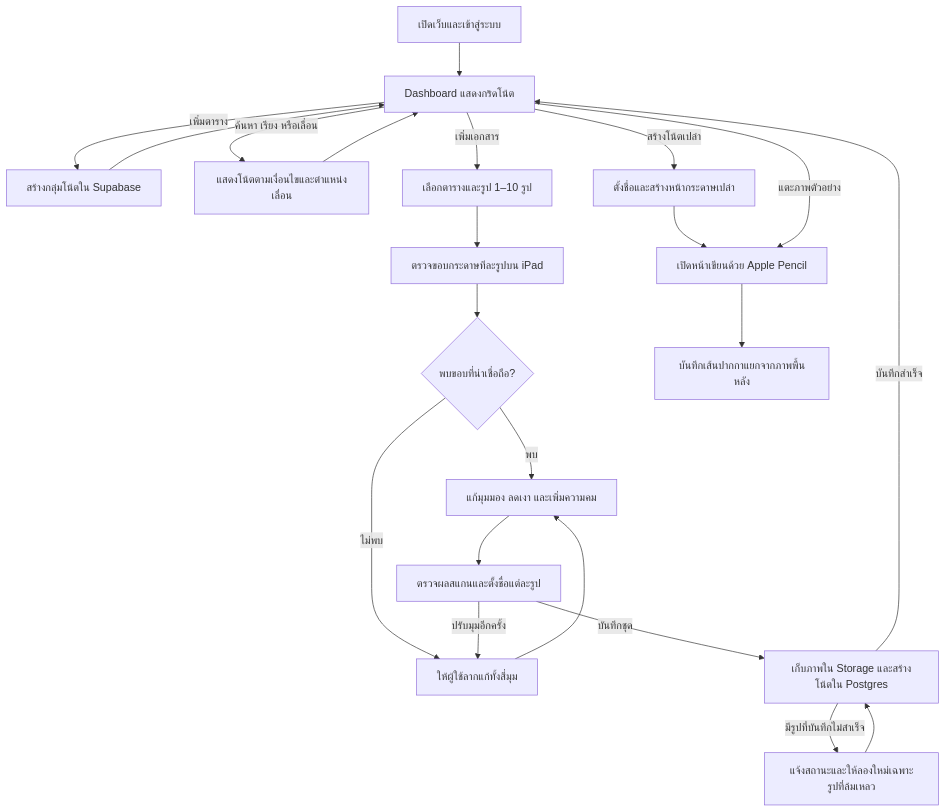
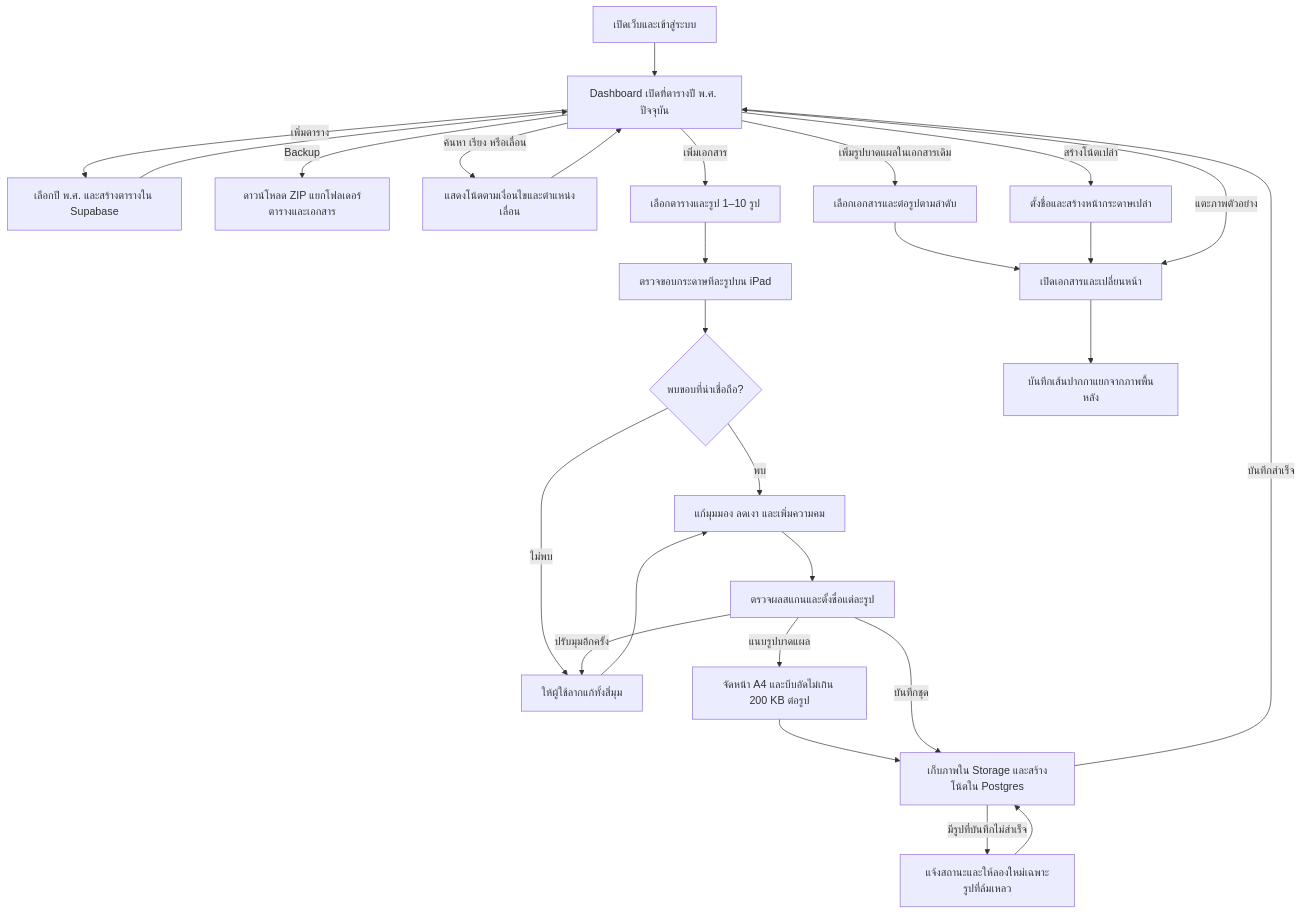
Before and after one commit to DoctorKS/Gods_note: the diagram in README.md, drawn with Mermaid. The commit also changed other lines of this file and 14 other files, not shown here.

````diff
--- a/README.md
+++ b/README.md
@@ -72,27 +96,32 @@
 ```mermaid
 flowchart TD
-    Login["เปิดเว็บและเข้าสู่ระบบ"] --> Dashboard["Dashboard แสดงกริดโน้ต"]
+    Login["เปิดเว็บและเข้าสู่ระบบ"] --> Dashboard["Dashboard เปิดที่ตารางปี พ.ศ. ปัจจุบัน"]
 
-    Dashboard -->|เพิ่มตาราง| Collection["สร้างกลุ่มโน้ตใน Supabase"]
+    Dashboard -->|เพิ่มตาราง| Collection["เลือกปี พ.ศ. และสร้างตารางใน Supabase"]
     Collection --> Dashboard
+    Dashboard -->|Backup| Backup["ดาวน์โหลด ZIP แยกโฟลเดอร์ตารางและเอกสาร"]
     Dashboard -->|ค้นหา เรียง หรือเลื่อน| Browse["แสดงโน้ตตามเงื่อนไขและตำแหน่งเลื่อน"]
     Browse --> Dashboard
 
     Dashboard -->|เพิ่มเอกสาร| SelectImages["เลือกตารางและรูป 1–10 รูป"]
     SelectImages --> Detect["ตรวจขอบกระดาษทีละรูปบน iPad"]
     Detect --> Edges{"พบขอบที่น่าเชื่อถือ?"}
     Edges -->|พบ| Enhance["แก้มุมมอง ลดเงา และเพิ่มความคม"]
     Edges -->|ไม่พบ| Adjust["ให้ผู้ใช้ลากแก้ทั้งสี่มุม"]
     Adjust --> Enhance
     Enhance --> Review["ตรวจผลสแกนและตั้งชื่อแต่ละรูป"]
     Review -->|ปรับมุมอีกครั้ง| Adjust
+    Review -->|แนบรูปบาดแผล| Wounds["จัดหน้า A4 และบีบอัดไม่เกิน 200 KB ต่อรูป"]
+    Wounds --> SaveBatch
     Review -->|บันทึกชุด| SaveBatch["เก็บภาพใน Storage และสร้างโน้ตใน Postgres"]
     SaveBatch -->|บันทึกสำเร็จ| Dashboard
     SaveBatch -->|มีรูปที่บันทึกไม่สำเร็จ| Retry["แจ้งสถานะและให้ลองใหม่เฉพาะรูปที่ล้มเหลว"]
     Retry --> SaveBatch
+    Dashboard -->|เพิ่มรูปบาดแผลในเอกสารเดิม| Append["เลือกเอกสารและต่อรูปตามลำดับ"]
+    Append --> Editor
 
     Dashboard -->|สร้างโน้ตเปล่า| Blank["ตั้งชื่อและสร้างหน้ากระดาษเปล่า"]
     Blank --> Editor
-    Dashboard -->|แตะภาพตัวอย่าง| Editor["เปิดหน้าเขียนด้วย Apple Pencil"]
+    Dashboard -->|แตะภาพตัวอย่าง| Editor["เปิดเอกสารและเปลี่ยนหน้า"]
     Editor --> SaveInk["บันทึกเส้นปากกาแยกจากภาพพื้นหลัง"]
 ```
````
